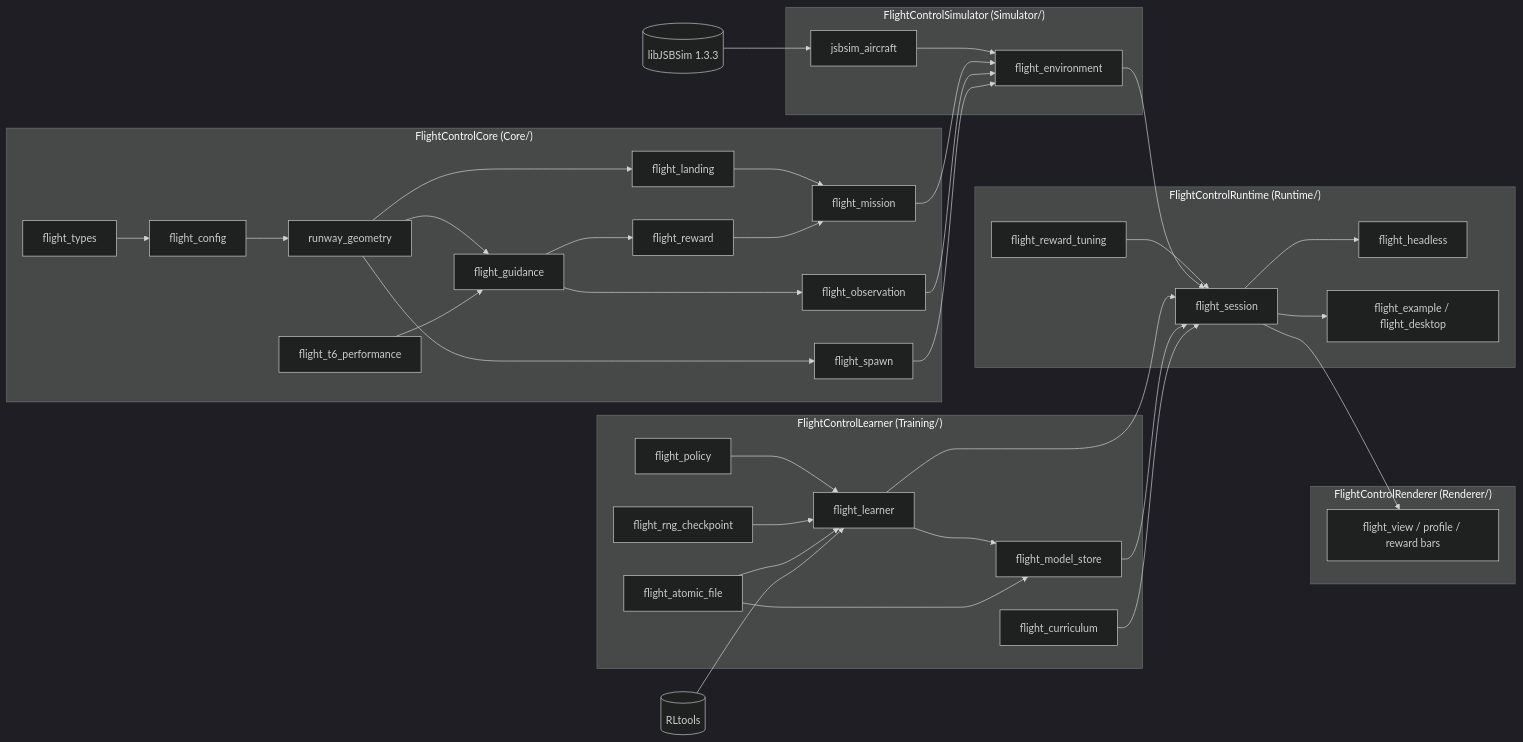
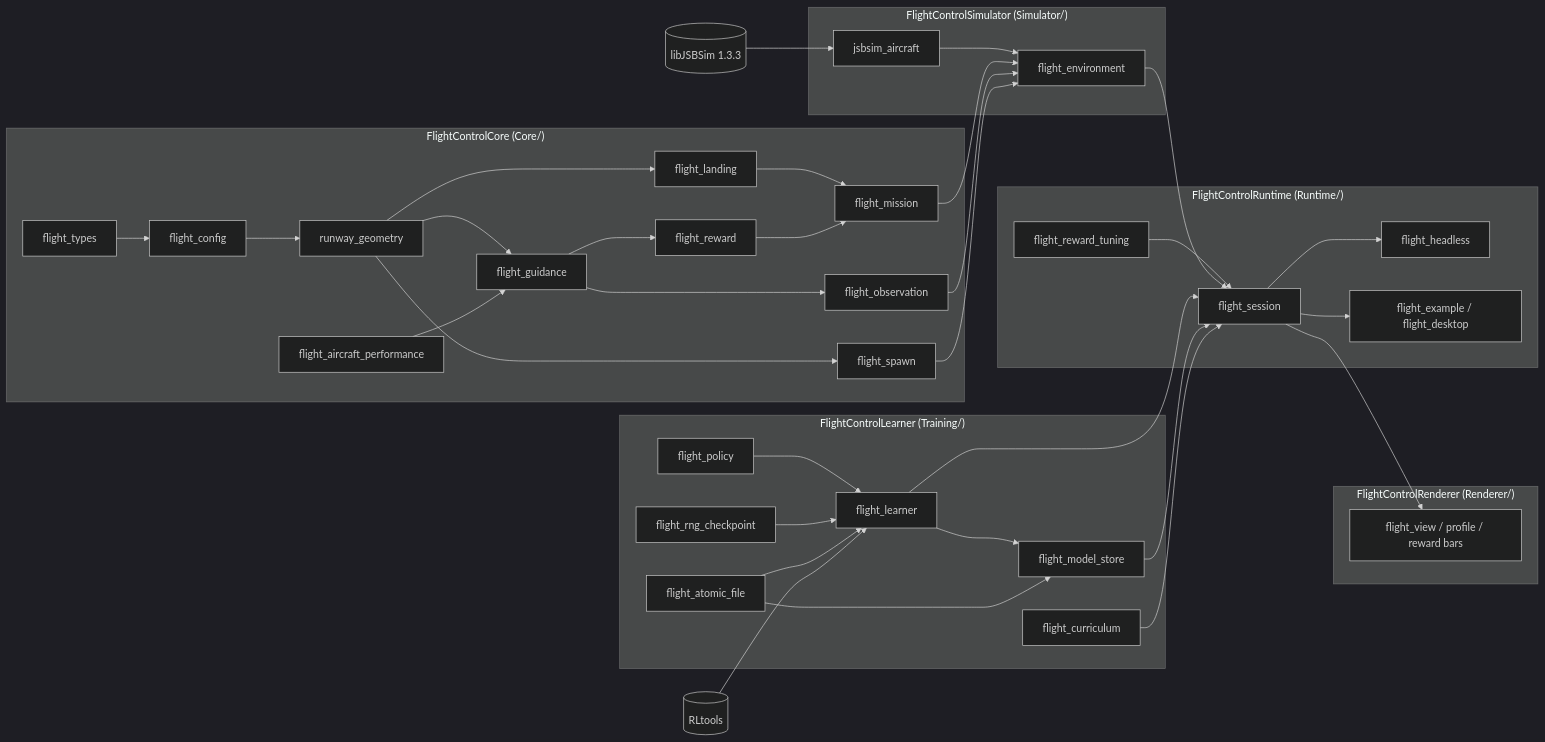
Before and after one commit to benoitfragit/PPOTrial: the first of 4 diagrams in docs/FlightControl3D_Architecture.md, drawn with Mermaid (dark theme). The commit also changed other lines of this file and 40 other files, not shown here.

````diff
--- a/docs/FlightControl3D_Architecture.md
+++ b/docs/FlightControl3D_Architecture.md
@@ -17,44 +17,44 @@
 ```mermaid
 flowchart LR
     subgraph Core["FlightControlCore (Core/)"]
         types[flight_types] --> config[flight_config]
         config --> geometry[runway_geometry]
         geometry --> guidance[flight_guidance]
-        perf[flight_t6_performance] --> guidance
+        perf[flight_aircraft_performance] --> guidance
         geometry --> landing[flight_landing]
         guidance --> reward[flight_reward]
         guidance --> observation[flight_observation]
         geometry --> spawn[flight_spawn]
         landing --> mission[flight_mission]
         reward --> mission
     end
     subgraph Simulator["FlightControlSimulator (Simulator/)"]
         jsbsim[jsbsim_aircraft] --> environment[flight_environment]
     end
     subgraph Training["FlightControlLearner (Training/)"]
         policy[flight_policy] --> learner[flight_learner]
         rng[flight_rng_checkpoint] --> learner
         atomic[flight_atomic_file] --> learner
         learner --> store[flight_model_store]
         atomic --> store
         curriculum[flight_curriculum]
     end
     subgraph Runtime["FlightControlRuntime (Runtime/)"]
         tuning[flight_reward_tuning] --> session[flight_session]
         session --> headless[flight_headless]
         session --> example[flight_example / flight_desktop]
     end
     subgraph Renderer["FlightControlRenderer (Renderer/)"]
         view[flight_view / profile / reward bars]
     end
     JSBSimLib[(libJSBSim 1.3.3)] --> jsbsim
     RLtools[(RLtools)] --> learner
     mission --> environment
     observation --> environment
     spawn --> environment
     environment --> session
     learner --> session
     store --> session
     curriculum --> session
     session --> view
 ```
````
